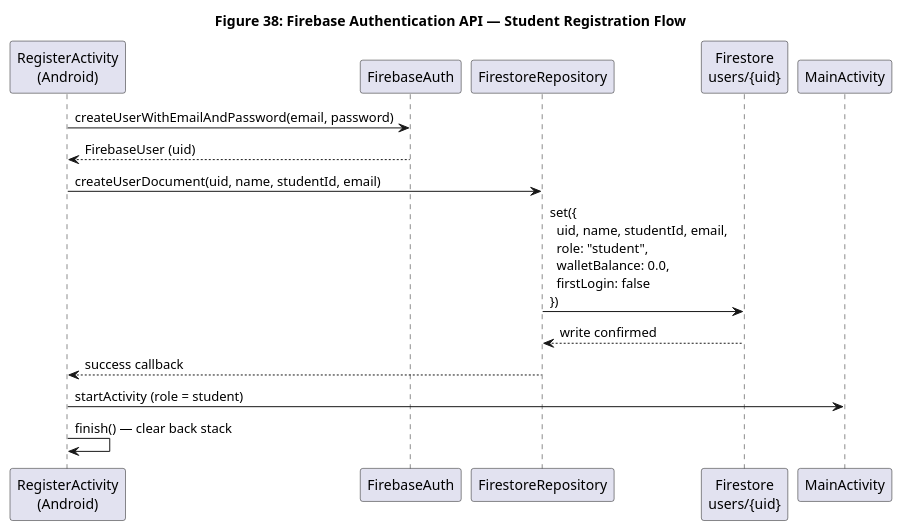
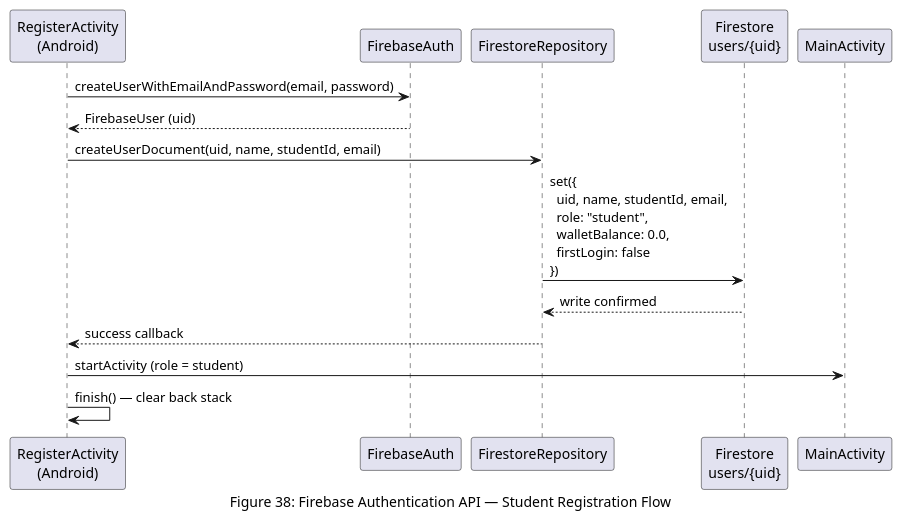
One commit to Musyonchez/beni-2 changed the ninth of 12 diagrams in pdf-source/figures/ch-6.md. Above: the diagram before and after it, drawn with PlantUML. The commit also changed other lines of this file and 30 other files, not shown here.

First line of the commit message:
chore: update figures, add generated PNGs, fix figure follow-up paragraphs

````diff
--- a/pdf-source/figures/ch-6.md
+++ b/pdf-source/figures/ch-6.md
@@ -369,22 +369,22 @@
 ```plantuml
 @startuml Figure38_AuthRegistrationFlow
 skinparam backgroundColor white
 skinparam defaultFontName Arial
-title Figure 38: Firebase Authentication API — Student Registration Flow
+caption Figure 38: Firebase Authentication API — Student Registration Flow
 
 participant "RegisterActivity\n(Android)" as RA
 participant "FirebaseAuth" as AUTH
 participant "FirestoreRepository" as REPO
 participant "Firestore\nusers/{uid}" as FS
 participant "MainActivity" as MA
 
 RA -> AUTH : createUserWithEmailAndPassword(email, password)
 AUTH --> RA : FirebaseUser (uid)
 RA -> REPO : createUserDocument(uid, name, studentId, email)
 REPO -> FS : set({\n  uid, name, studentId, email,\n  role: "student",\n  walletBalance: 0.0,\n  firstLogin: false\n})
 FS --> REPO : write confirmed
 REPO --> RA : success callback
 RA -> MA : startActivity (role = student)
 RA -> RA : finish() — clear back stack
 @enduml
 ```
````
